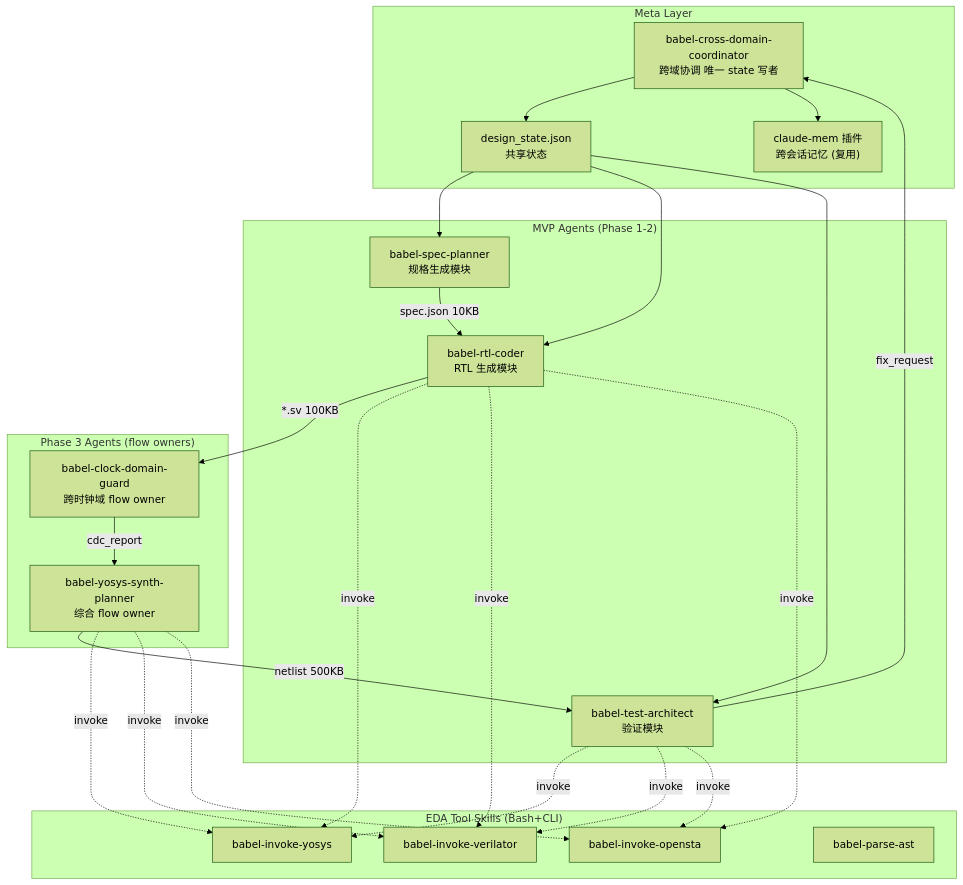
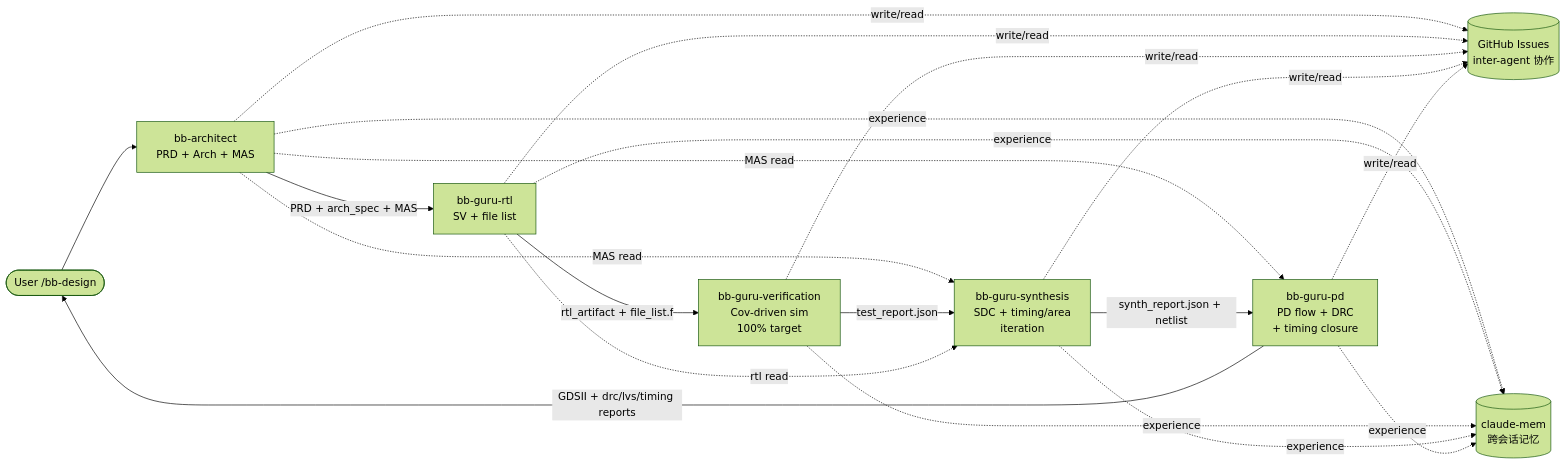
The first of 4 diagrams in harness_spec/idea/design_doc.md (amoslee2026/Babel), drawn with Mermaid (forest theme) before and after one commit. The commit also changed other lines of this file, not shown here.

Commit message:
feat(spec): design_doc.md v1.3.0 — 5 agents + PD + ic-* skill reuse + 100% cov

````diff
--- a/harness_spec/idea/design_doc.md
+++ b/harness_spec/idea/design_doc.md
@@ -112,36 +130,26 @@
 ```mermaid
-flowchart TD
-    subgraph Meta["Meta Layer"]
-        coord["babel-cross-domain-coordinator<br/>跨域协调 唯一 state 写者"]
-        state["design_state.json<br/>共享状态"]
-        cmem["claude-mem 插件<br/>跨会话记忆 (复用)"]
-    end
+flowchart LR
+    user(["User /bb-design"])
 
-    subgraph MVP["MVP Agents (Phase 1-2)"]
-        spec["babel-spec-planner<br/>规格生成模块"]
-        rtl["babel-rtl-coder<br/>RTL 生成模块"]
-        test["babel-test-architect<br/>验证模块"]
-    end
+    arch["bb-architect<br/>PRD + Arch + MAS"]
+    rtl["bb-guru-rtl<br/>SV + file list"]
+    ver["bb-guru-verification<br/>Cov-driven sim<br/>100% target"]
+    synth["bb-guru-synthesis<br/>SDC + timing/area<br/>iteration"]
+    pd["bb-guru-pd<br/>PD flow + DRC<br/>+ timing closure"]
 
-    subgraph P3["Phase 3 Agents (flow owners)"]
-        synth["babel-yosys-synth-planner<br/>综合 flow owner"]
-        cdc["babel-clock-domain-guard<br/>跨时钟域 flow owner"]
-    end
+    gh[("GitHub Issues<br/>inter-agent 协作")]
+    cmem[("claude-mem<br/>跨会话记忆")]
 
-    subgraph Skills["EDA Tool Skills (Bash+CLI)"]
-        yosys["babel-invoke-yosys"]
-        verilator["babel-invoke-verilator"]
-        opensta["babel-invoke-opensta"]
-        ast["babel-parse-ast"]
-    end
+    user --> arch
+    arch -->|PRD + arch_spec + MAS| rtl
+    arch -.MAS read.-> synth
+    arch -.MAS read.-> pd
+    rtl -->|rtl_artifact + file_list.f| ver
+    ver -->|test_report.json| synth
+    rtl -.rtl read.-> synth
+    synth -->|synth_report.json + netlist| pd
+    pd -->|GDSII + drc/lvs/timing reports| user
 
-    coord --> state
-    coord --> cmem
-    state --> spec & rtl & test
-    spec -->|spec.json 10KB| rtl
-    rtl -->|*.sv 100KB| cdc
-    cdc -->|cdc_report| synth
-    synth -->|netlist 500KB| test
-    test -->|fix_request| coord
-    rtl & synth & test -.->|invoke| yosys & verilator & opensta
+    arch & rtl & ver & synth & pd -.write/read.-> gh
+    arch & rtl & ver & synth & pd -.experience.-> cmem
 ```
````
